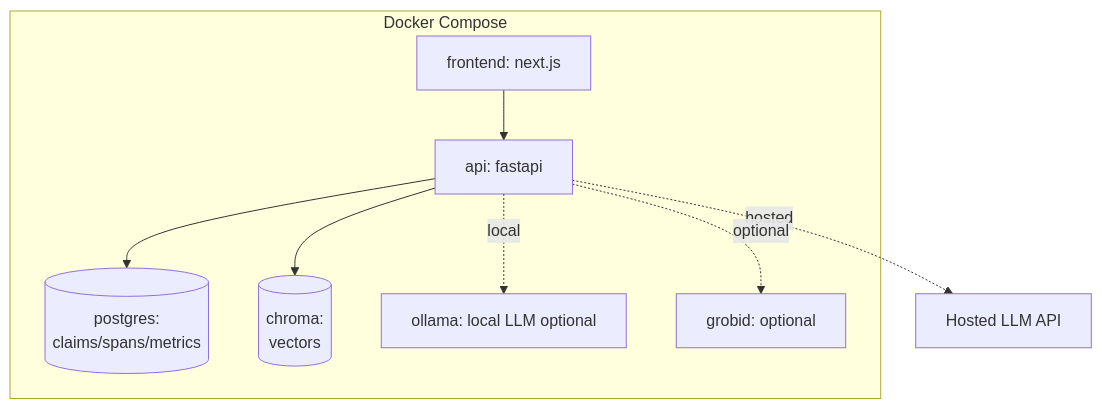
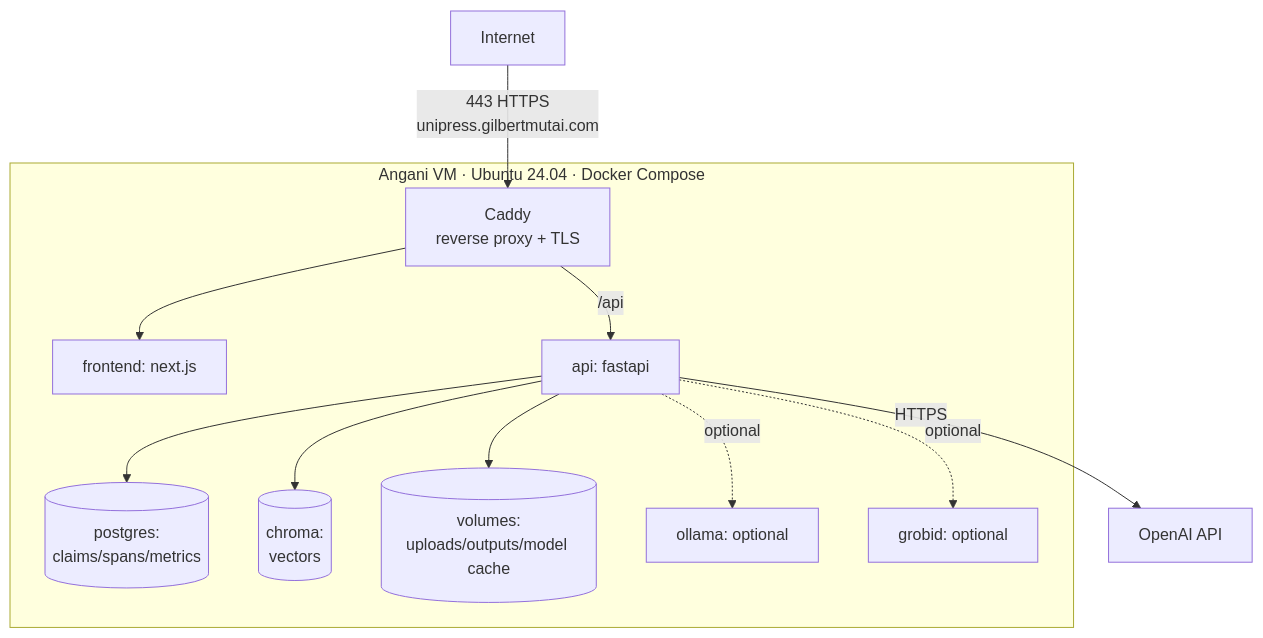
Before and after one commit to gilbert-mutai/unipress-de: the fourth of 4 diagrams in docs/02-architecture.md, drawn with Mermaid. The commit also changed other lines of this file and 2 other files, not shown here.

Commit message:
Switch LLM to OpenAI and add cloud deployment architecture
- Generation now defaults to OpenAI (GPT-4o/GPT-4.1) via LiteLLM, with
  a mini model for the Tier-2 judge; local Ollama stays optional.
  Embeddings (BGE-M3) and NLI (DeBERTa) remain local.
- Add full deployment story (07 section 9): Angani cloud VM
  (8 vCPU/16 GB/100 GB, Ubuntu 24.04), Docker Compose, Caddy auto-HTTPS,
  public gilbertmutai.com subdomain, persistence, firewall, secrets,
  backups. Nothing runs on the laptop at demo time.
- Update architecture diagrams/security section and project definition
  header accordingly.

````diff
--- a/docs/02-architecture.md
+++ b/docs/02-architecture.md
@@ -221,17 +221,16 @@
 ```mermaid
 flowchart TD
-    subgraph Docker Compose
-        FEc[frontend: next.js]
-        APIc[api: fastapi]
-        DBc[(postgres:<br/>claims/spans/metrics)]
-        CHc[(chroma:<br/>vectors)]
-        OLc[ollama: local LLM optional]
+    NET[Internet] -->|443 HTTPS<br/>unipress.gilbertmutai.com| CADDY[Caddy<br/>reverse proxy + TLS]
+    subgraph VM["Angani VM · Ubuntu 24.04 · Docker Compose"]
+        CADDY --> FEc[frontend: next.js]
+        CADDY -->|/api| APIc[api: fastapi]
+        APIc --> DBc[(postgres:<br/>claims/spans/metrics)]
+        APIc --> CHc[(chroma:<br/>vectors)]
+        APIc --> VOL[(volumes:<br/>uploads/outputs/model cache)]
+        OLc[ollama: optional]
         GRc[grobid: optional]
+        APIc -. optional .-> OLc
+        APIc -. optional .-> GRc
     end
-    FEc --> APIc
-    APIc --> DBc
-    APIc --> CHc
-    APIc -. local .-> OLc
-    APIc -. hosted .-> EXT[Hosted LLM API]
-    APIc -. optional .-> GRc
+    APIc -->|HTTPS| EXT[OpenAI API]
 ```
````
